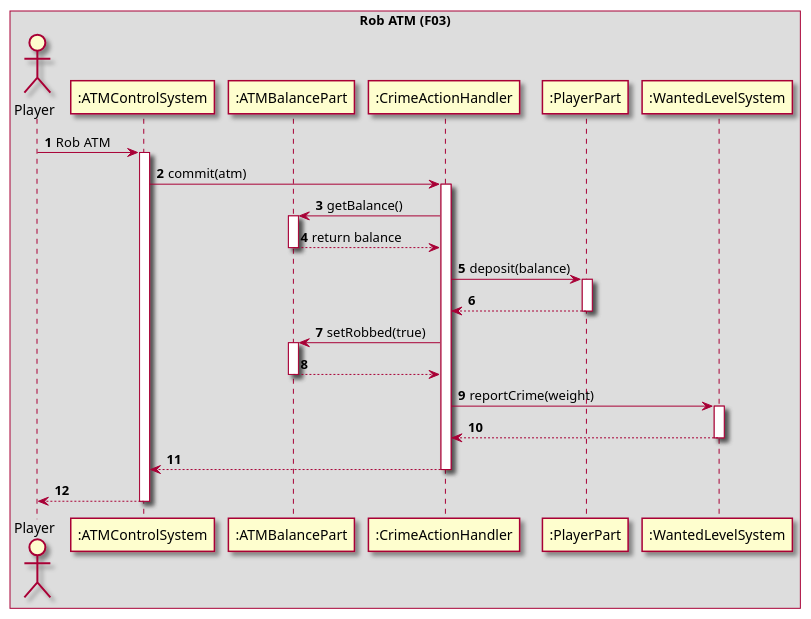
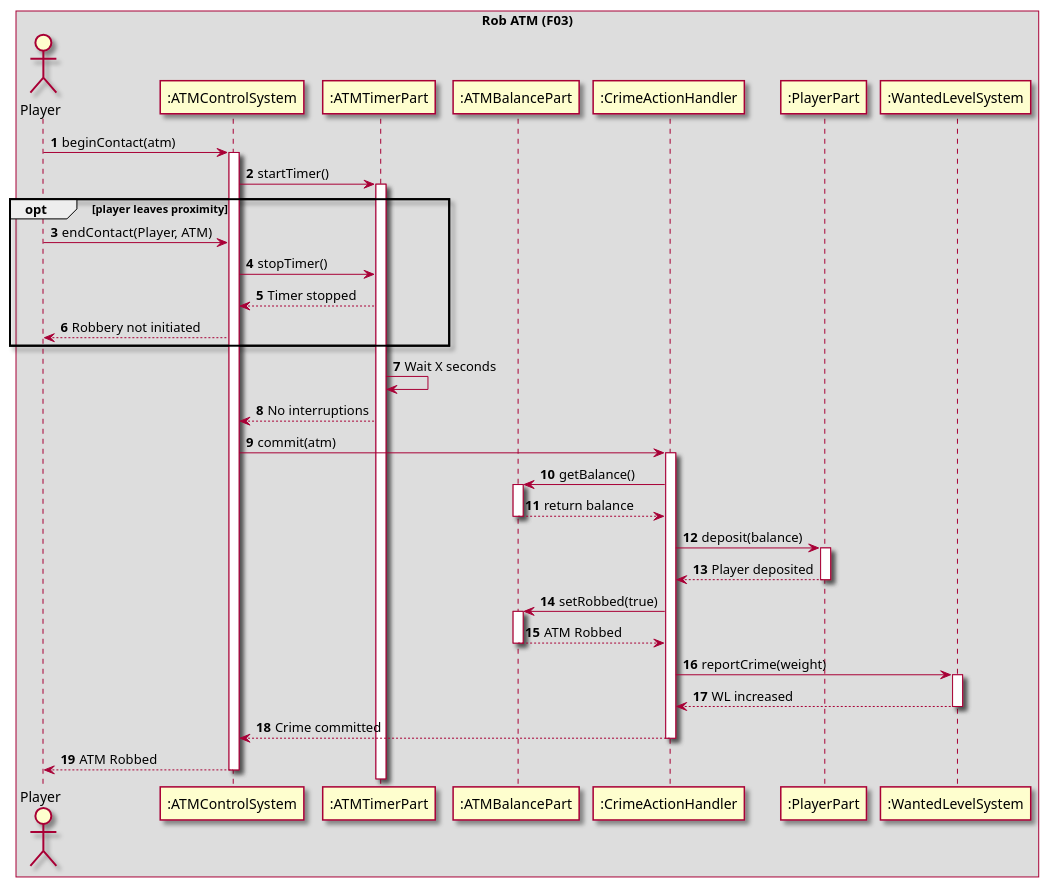
The diagram in uml/sequence_diagrams/operation/F03_Rob_ATM.puml (amatzen/SE04-SE-G09-SPRO), drawn with PlantUML before and after one commit.

Commit message:
detailed

```diff
--- a/uml/sequence_diagrams/operation/F03_Rob_ATM.puml
+++ b/uml/sequence_diagrams/operation/F03_Rob_ATM.puml
@@ -1,46 +1,60 @@
 @startuml
 'https://plantuml.com/sequence-diagram
 skin rose
 autonumber
 
 box Rob ATM (F03)
     actor "Player" as player
     participant ":ATMControlSystem" as atmcs
+    participant ":ATMTimerPart" as atmtp
     participant ":ATMBalancePart" as atmbp
     participant ":CrimeActionHandler" as crime
     participant ":PlayerPart" as playerpart
     participant ":WantedLevelSystem" as wls
 end box
 
-player -> atmcs : Rob ATM
+player -> atmcs : beginContact(atm)
 activate atmcs
+atmcs -> atmtp : startTimer()
+activate atmtp
+
+opt player leaves proximity
+    player -> atmcs: endContact(Player, ATM)
+    atmcs -> atmtp: stopTimer()
+    atmtp --> atmcs: Timer stopped
+    atmcs --> player: Robbery not initiated
+end
+
+atmtp -> atmtp : Wait X seconds
+atmtp --> atmcs : No interruptions
+
 atmcs -> crime : commit(atm)
 activate crime
 
 crime -> atmbp : getBalance()
 activate atmbp
 atmbp --> crime : return balance
 deactivate atmbp
 
 crime -> playerpart : deposit(balance)
 activate playerpart
-playerpart --> crime
+playerpart --> crime : Player deposited
 deactivate playerpart
 
 crime -> atmbp : setRobbed(true)
 activate atmbp
-atmbp --> crime
+atmbp --> crime : ATM Robbed
 deactivate atmbp
 
 crime -> wls : reportCrime(weight)
 activate wls
-wls --> crime
+wls --> crime : WL increased
 deactivate wls
 
-crime --> atmcs
+crime --> atmcs : Crime committed
 deactivate crime
-atmcs --> player
+atmcs --> player : ATM Robbed
 deactivate atmcs
 
 
 @enduml
```
